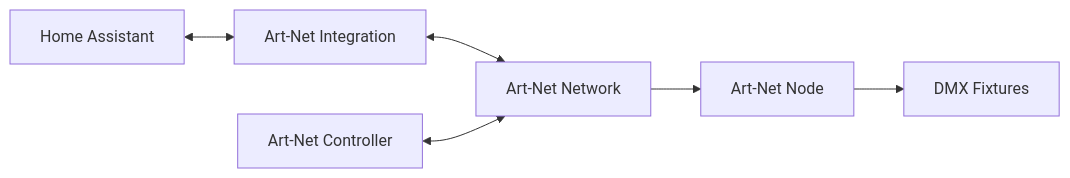
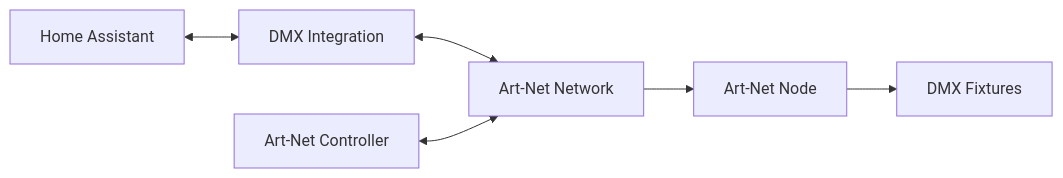
Before and after one commit to Breina/ha-artnet-led: the diagram in README.md, drawn with Mermaid. The commit also changed other lines of this file and 7 other files, not shown here.

````diff
--- a/README.md
+++ b/README.md
@@ -62,8 +63,8 @@
 ```mermaid
 graph LR
-    HA[Home Assistant] <--> ARTNET[Art-Net Integration]
+    HA[Home Assistant] <--> ARTNET[DMX Integration]
     ARTNET <--> NETWORK[Art-Net Network]
     NETWORK --> NODE[Art-Net Node]
     NODE --> FIXTURES[DMX Fixtures]
     CONTROLLER[Art-Net Controller] <--> NETWORK
 ```
````
